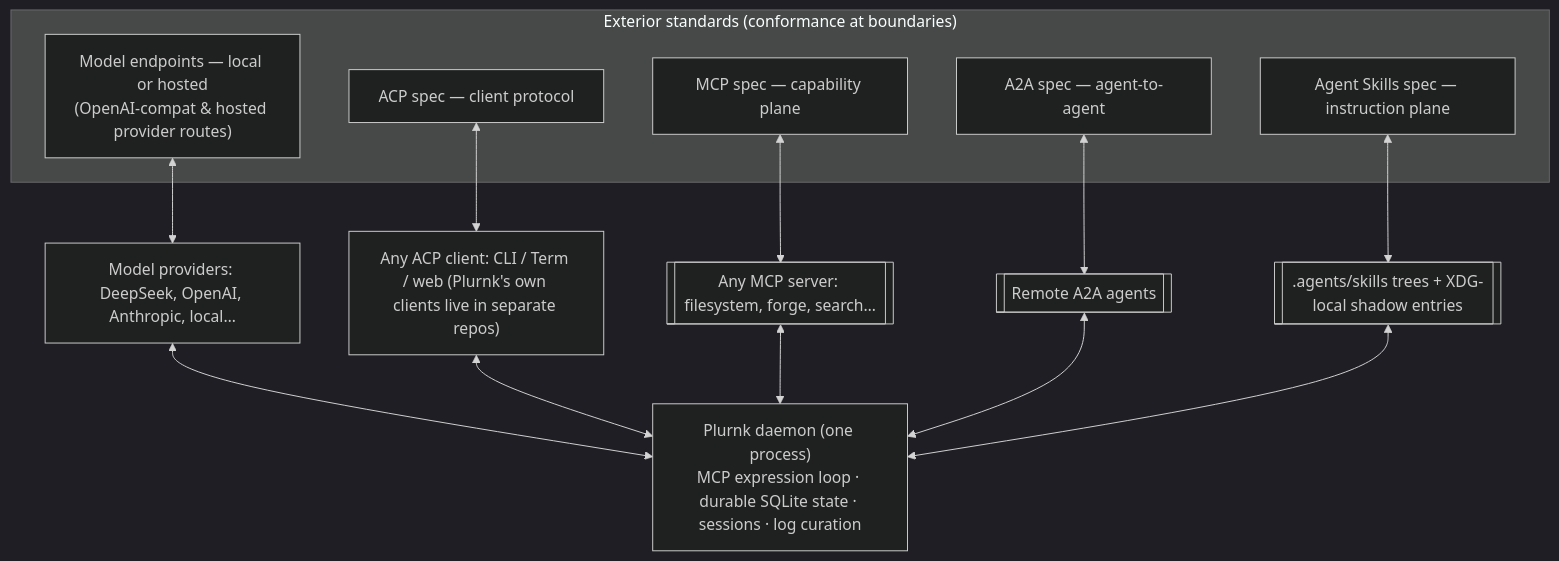
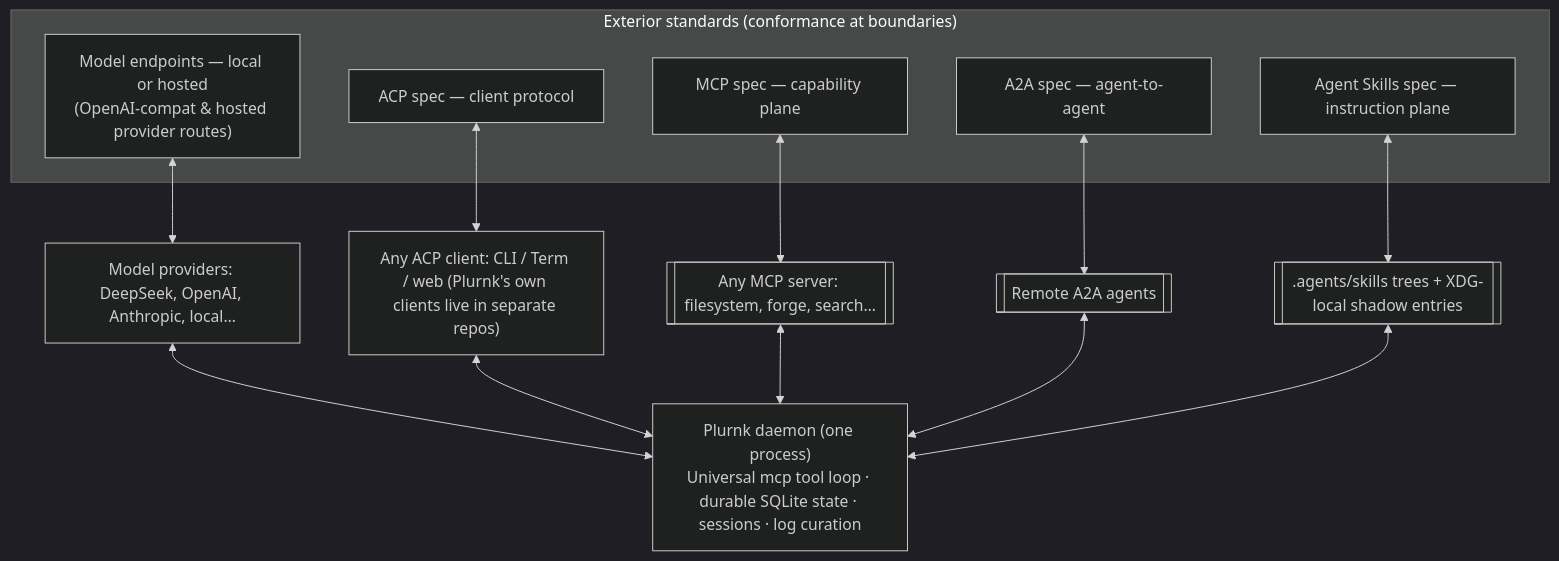
The diagram in test/fixtures/mermaid-fan-in.md (plurnk/plurnk), drawn with Mermaid (dark theme) before and after one commit. The commit also changed 1 other file, not shown here.

Commit message:
test(cli): align results_pending fixture and mermaid diagram with mcp tool (#264)

````diff
--- a/test/fixtures/mermaid-fan-in.md
+++ b/test/fixtures/mermaid-fan-in.md
@@ -1,23 +1,23 @@
 ```mermaid
 flowchart TB
     subgraph standards["Exterior standards (conformance at boundaries)"]
         MODEL["Model endpoints — local or hosted<br/>(OpenAI-compat & hosted provider routes)"]
         ACP["ACP spec — client protocol"]
         MCP["MCP spec — capability plane"]
         A2A["A2A spec — agent-to-agent"]
         SKILLS["Agent Skills spec — instruction plane"]
     end
-    PLURNK["Plurnk daemon (one process)<br/>MCP expression loop · durable SQLite state · sessions · log curation"]
+    PLURNK["Plurnk daemon (one process)<br/>Universal mcp tool loop · durable SQLite state · sessions · log curation"]
     MODELS["Model providers: DeepSeek, OpenAI, Anthropic, local…"]
     CLIENTS["Any ACP client: CLI / Term / web (Plurnk's own clients live in separate repos)"]
     MCPS[["Any MCP server: filesystem, forge, search…"]]
     AGENTS[["Remote A2A agents"]]
     SKILLT[[".agents/skills trees + XDG-local shadow entries"]]
 
     MODEL <--> MODELS
     ACP <--> CLIENTS
     MCP <--> MCPS
     A2A <--> AGENTS
     SKILLS <--> SKILLT
     MODELS & CLIENTS & MCPS & AGENTS & SKILLT <--> PLURNK
 ```
````
